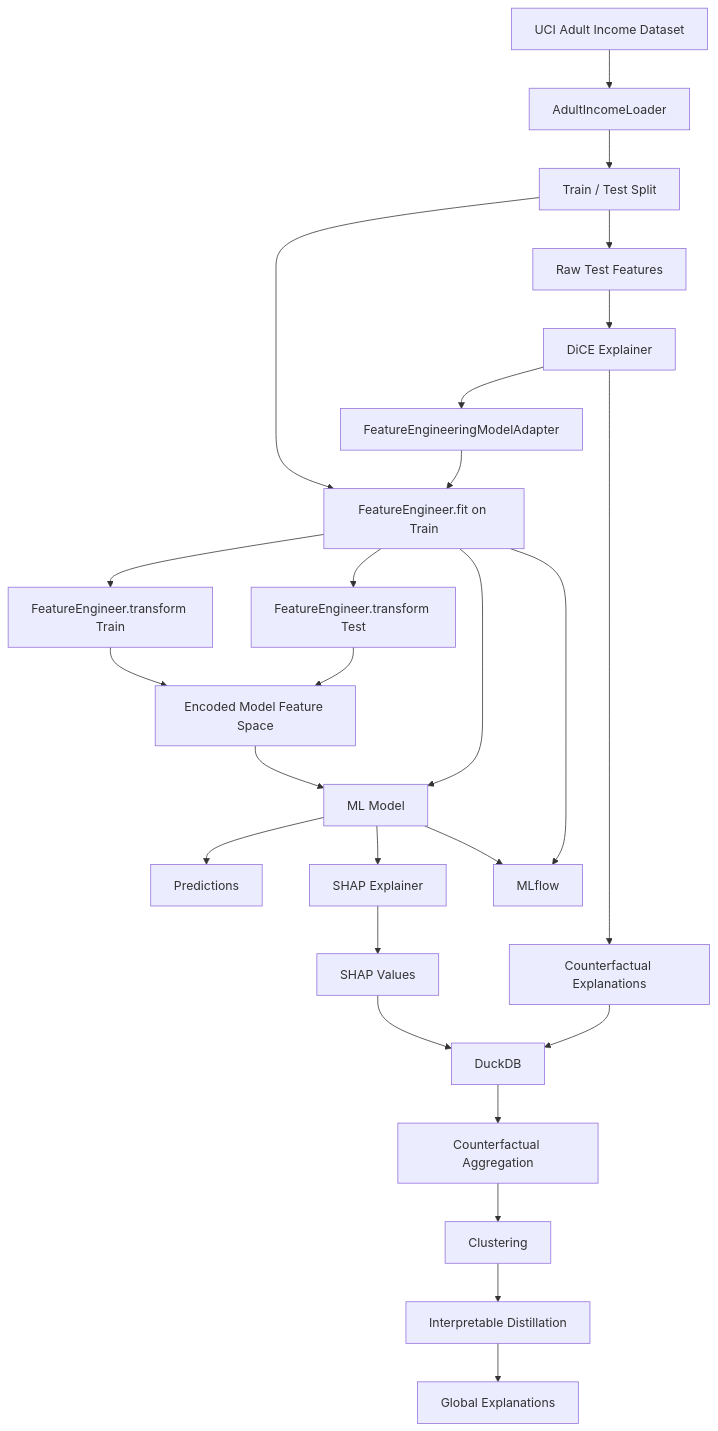
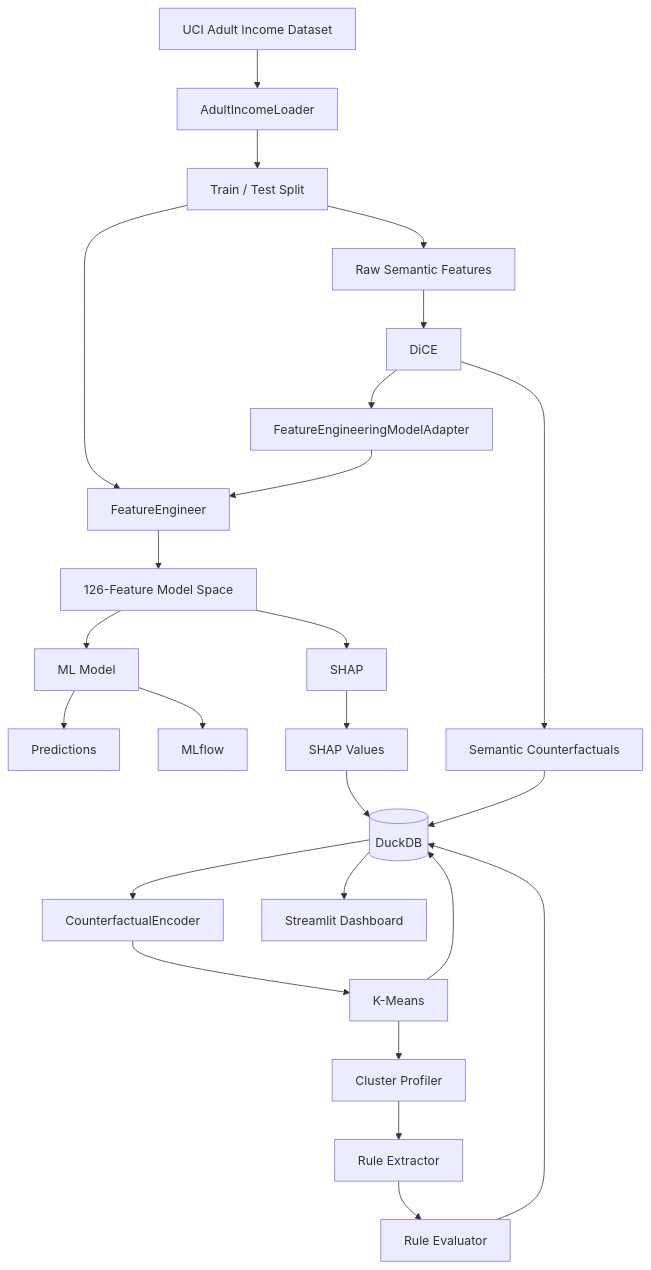
The first of 4 diagrams in README.md (rodrick-mpofu/counterdistill), drawn with Mermaid before and after one commit. The commit also changed other lines of this file, not shown here.

Commit message:
docs: update project architecture and reproducibility guide

````diff
--- a/README.md
+++ b/README.md
@@ -73,37 +107,36 @@
 ```mermaid
 flowchart TD
     A[UCI Adult Income Dataset] --> B[AdultIncomeLoader]
     B --> C[Train / Test Split]
 
-    C --> D[FeatureEngineer.fit on Train]
-    D --> E[FeatureEngineer.transform Train]
-    D --> F[FeatureEngineer.transform Test]
+    C --> D[FeatureEngineer]
+    D --> E[126-Feature Model Space]
 
-    E --> G[Encoded Model Feature Space]
-    F --> G
+    E --> F[ML Model]
+    F --> G[Predictions]
 
-    G --> H[ML Model]
-    H --> I[Predictions]
+    F --> H[MLflow]
+    E --> I[SHAP]
 
-    H --> J[SHAP Explainer]
-    C --> K[Raw Test Features]
-    K --> L[DiCE Explainer]
+    C --> J[Raw Semantic Features]
+    J --> K[DiCE]
+    K --> L[FeatureEngineeringModelAdapter]
+    L --> D
 
-    L --> M[FeatureEngineeringModelAdapter]
-    M --> D
-    D --> H
+    I --> M[SHAP Values]
+    K --> N[Semantic Counterfactuals]
 
-    J --> N[SHAP Values]
-    L --> O[Counterfactual Explanations]
+    M --> O[(DuckDB)]
+    N --> O
 
-    N --> P[DuckDB]
-    O --> P
+    O --> P[CounterfactualEncoder]
+    P --> Q[K-Means]
+    Q --> R[Cluster Profiler]
+    R --> S[Rule Extractor]
+    S --> T[Rule Evaluator]
 
-    H --> Q[MLflow]
-    D --> Q
+    Q --> O
+    T --> O
 
-    P --> R[Counterfactual Aggregation]
-    R --> S[Clustering]
-    S --> T[Interpretable Distillation]
-    T --> U[Global Explanations]
+    O --> U[Streamlit Dashboard]
 ```
````
